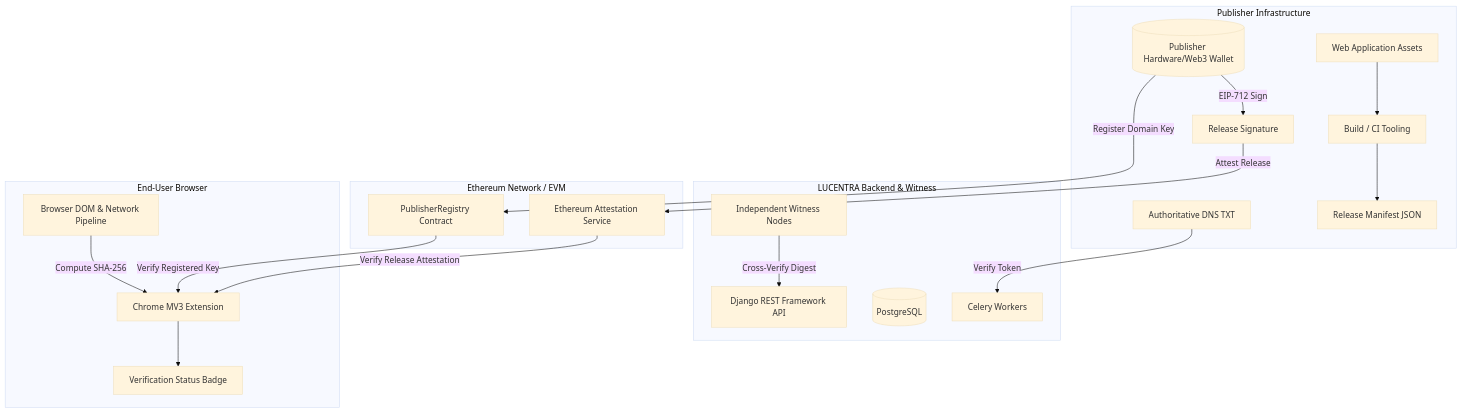
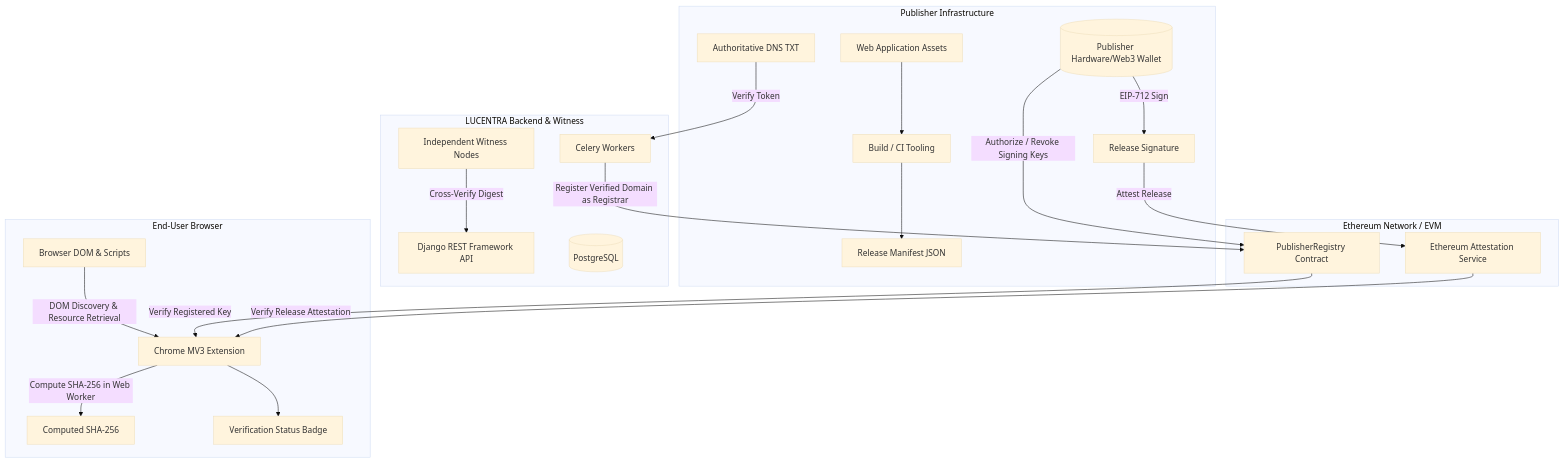
The diagram in docs/00-project-overview/PROJECT_OVERVIEW.md (MustafaPinjari/LUCENTRA), drawn with Mermaid (base theme) before and after one commit. The commit also changed other lines of this file and 181 other files, not shown here.

````diff
--- a/docs/00-project-overview/PROJECT_OVERVIEW.md
+++ b/docs/00-project-overview/PROJECT_OVERVIEW.md
@@ -36,33 +36,35 @@
 ```mermaid
 flowchart TD
     subgraph Publisher["Publisher Infrastructure"]
         DNS[Authoritative DNS TXT]
         Code[Web Application Assets] --> Bundler[Build / CI Tooling]
         Bundler --> Manifest[Release Manifest JSON]
         PublisherWallet[(Publisher Hardware/Web3 Wallet)] -->|EIP-712 Sign| Signature[Release Signature]
     end
 
     subgraph Blockchain["Ethereum Network / EVM"]
         Contract[PublisherRegistry Contract]
         EAS[Ethereum Attestation Service]
         Signature -->|Attest Release| EAS
-        PublisherWallet -->|Register Domain Key| Contract
+        PublisherWallet -->|Authorize / Revoke Signing Keys| Contract
     end
 
     subgraph Backend["LUCENTRA Backend & Witness"]
         API[Django REST Framework API]
         DB[(PostgreSQL)]
         Workers[Celery Workers]
         DNS -->|Verify Token| Workers
+        Workers -->|Register Verified Domain as Registrar| Contract
         WitnessNode[Independent Witness Nodes] -->|Cross-Verify Digest| API
     end
 
     subgraph Client["End-User Browser"]
         ChromeExt[Chrome MV3 Extension]
-        DOM[Browser DOM & Network Pipeline]
-        DOM -->|Compute SHA-256| ChromeExt
+        DOM[Browser DOM & Scripts]
+        DOM -->|DOM Discovery & Resource Retrieval| ChromeExt
+        ChromeExt -->|Compute SHA-256 in Web Worker| Hashes[Computed SHA-256]
         Contract -->|Verify Registered Key| ChromeExt
         EAS -->|Verify Release Attestation| ChromeExt
         ChromeExt --> UI[Verification Status Badge]
     end
 ```
````
